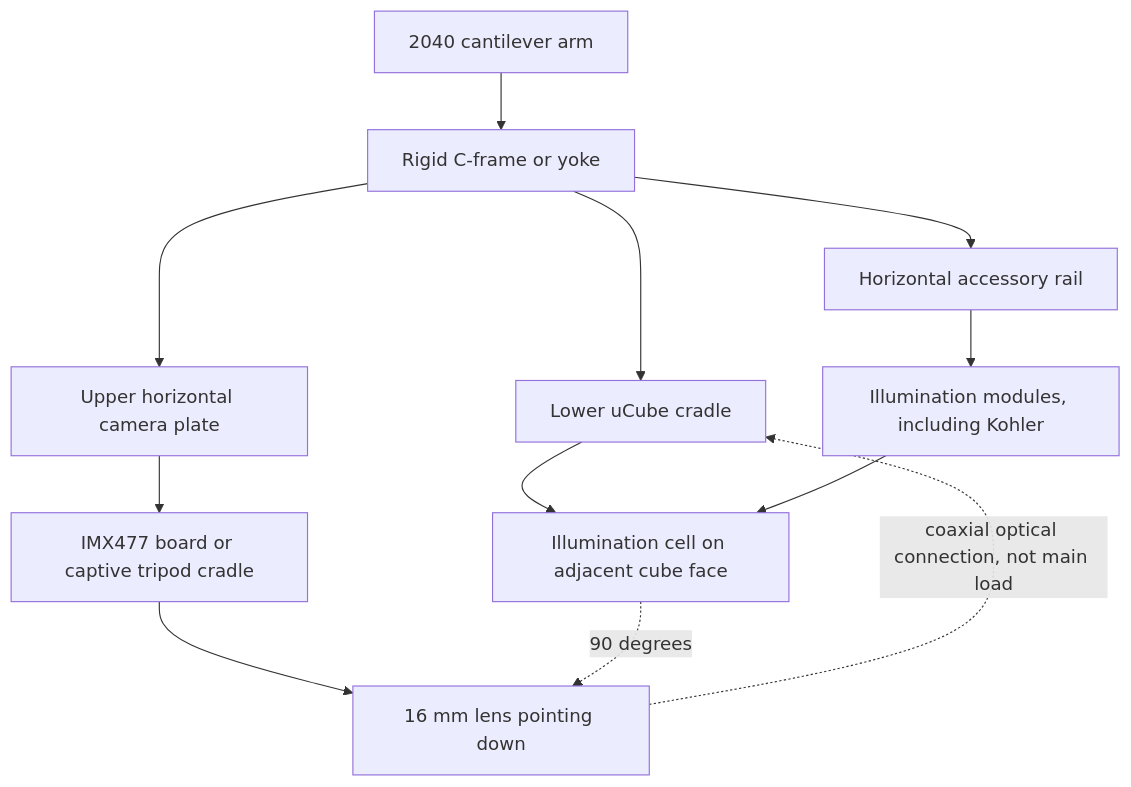
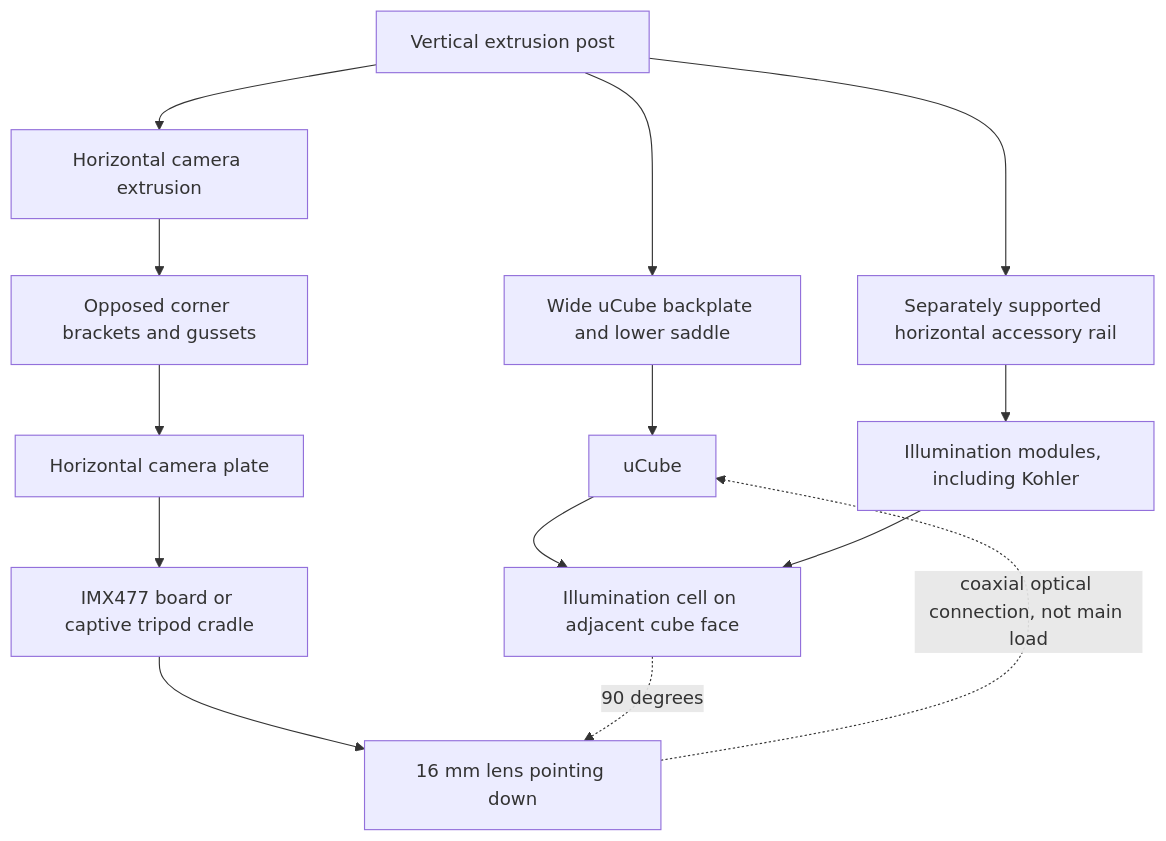
The diagram in research/optical-head-frame-integration.md (Slaps404/microcube-optical-setup), drawn with Mermaid before and after one commit. The commit also changed other lines of this file and 1 other file, not shown here.

Commit message:
Revise optical head to direct post mounts

````diff
--- a/research/optical-head-frame-integration.md
+++ b/research/optical-head-frame-integration.md
@@ -41,14 +41,16 @@
 ```mermaid
 flowchart TD
-    E[2040 cantilever arm] --> F[Rigid C-frame or yoke]
-    F --> U[Lower uCube cradle]
-    F --> C[Upper horizontal camera plate]
+    P[Vertical extrusion post] --> A[Wide uCube backplate and lower saddle]
+    P --> E[Horizontal camera extrusion]
+    E --> G[Opposed corner brackets and gussets]
+    G --> C[Horizontal camera plate]
     C --> B[IMX477 board or captive tripod cradle]
     B --> L[16 mm lens pointing down]
+    A --> U[uCube]
     L -. coaxial optical connection, not main load .-> U
     U --> I[Illumination cell on adjacent cube face]
     I -. 90 degrees .-> L
-    F --> R[Horizontal accessory rail]
+    P --> R[Separately supported horizontal accessory rail]
     R --> K[Illumination modules, including Kohler]
     K --> I
 ```
````
